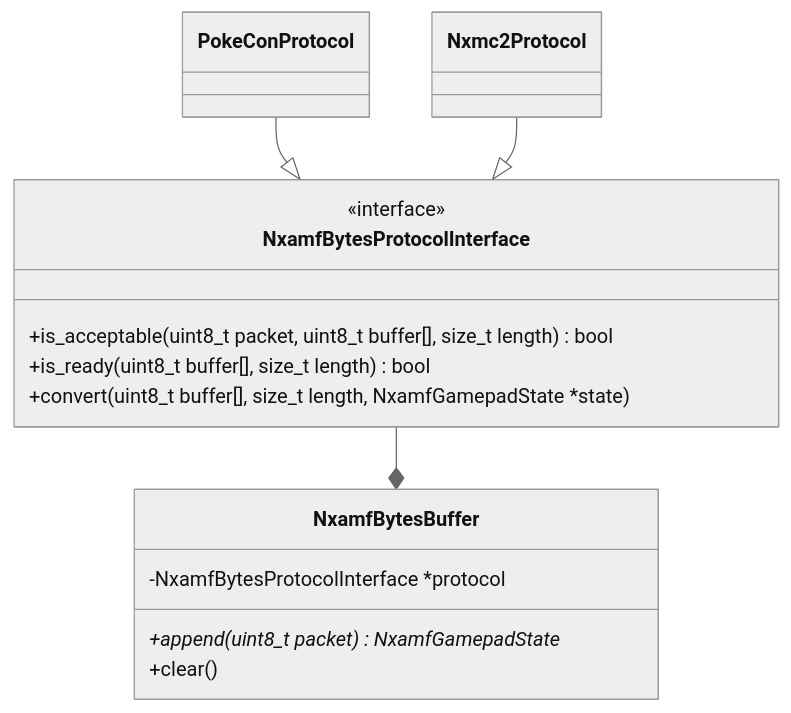
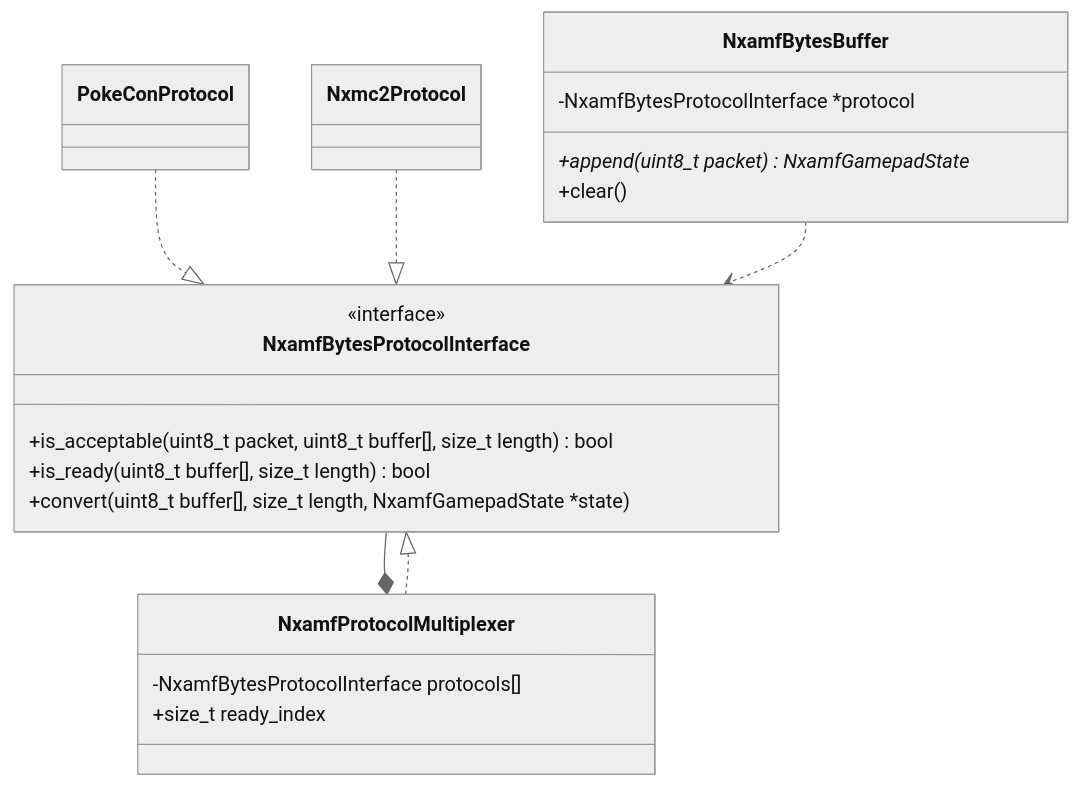
One commit to mizuyoukanao/nthaka-wiimote changed the diagram in README.md. Above: the diagram before and after it, drawn with Mermaid (neutral theme).

````diff
--- a/README.md
+++ b/README.md
@@ -21,21 +21,28 @@
 ```mermaid
 classDiagram
   class NxamfBytesProtocolInterface
   <<interface>>NxamfBytesProtocolInterface
   NxamfBytesProtocolInterface : +is_acceptable(uint8_t packet, uint8_t buffer[], size_t length) bool
   NxamfBytesProtocolInterface : +is_ready(uint8_t buffer[], size_t length) bool
   NxamfBytesProtocolInterface : +convert(uint8_t buffer[], size_t length, NxamfGamepadState *state)
 
   class PokeConProtocol
-  PokeConProtocol --|> NxamfBytesProtocolInterface
+  PokeConProtocol ..|> NxamfBytesProtocolInterface
 
   class Nxmc2Protocol
-  Nxmc2Protocol --|> NxamfBytesProtocolInterface
+  Nxmc2Protocol ..|> NxamfBytesProtocolInterface
+
+  class NxamfProtocolMultiplexer
+  NxamfProtocolMultiplexer : -NxamfBytesProtocolInterface protocols[]
+  NxamfProtocolMultiplexer : +size_t ready_index
+
+  NxamfProtocolMultiplexer ..|> NxamfBytesProtocolInterface
+  NxamfBytesProtocolInterface --* NxamfProtocolMultiplexer
 
   class NxamfBytesBuffer
   NxamfBytesBuffer : -NxamfBytesProtocolInterface *protocol
   NxamfBytesBuffer : +append(uint8_t packet) NxamfGamepadState *
   NxamfBytesBuffer : +clear()
 
-  NxamfBytesProtocolInterface --* NxamfBytesBuffer
+  NxamfBytesBuffer ..> NxamfBytesProtocolInterface
 ```
````
